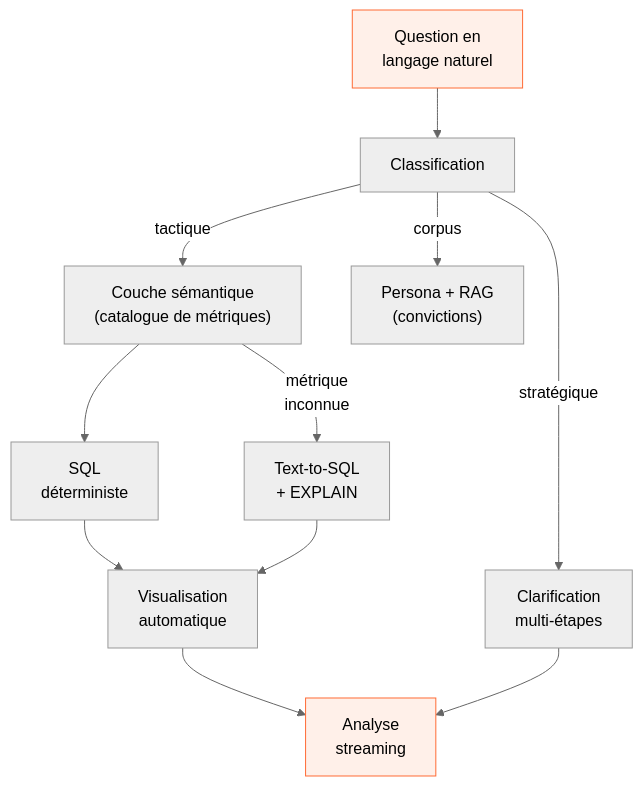
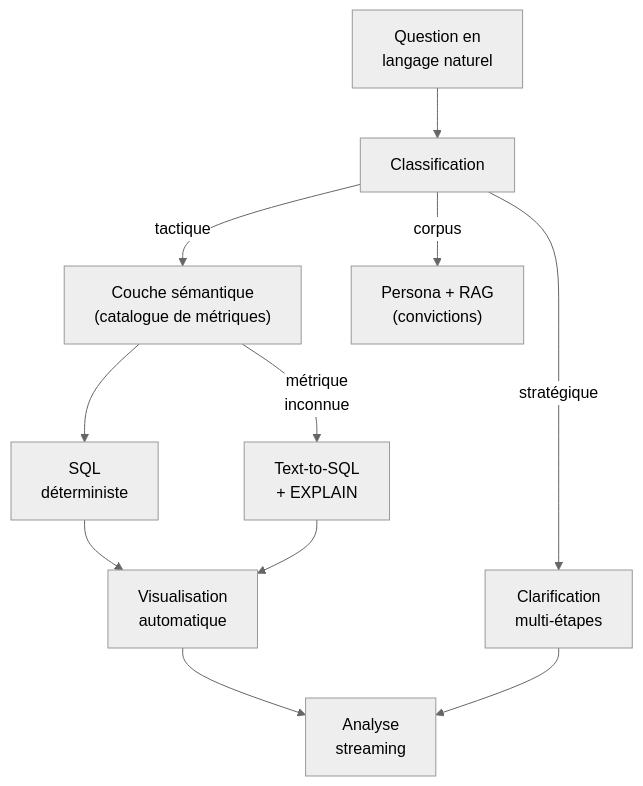
The sixth of 6 diagrams in content/applications.md (jbdaudet/leplusgrandnombre), drawn with Mermaid (neutral theme) before and after one commit. The commit also changed other lines of this file and 4 other files, not shown here.

Commit message:
update of the design scroll back up behavior + mermaid graphs rebuild

```diff
--- a/content/applications.md
+++ b/content/applications.md
@@ -240,16 +218,13 @@
 {{< mermaid >}}
 flowchart TB
     Q["Question en\nlangage naturel"] --> CL["Classification"]
     CL -->|tactique| SL["Couche sémantique\n(catalogue de métriques)"]
     CL -->|stratégique| ST["Clarification\nmulti-étapes"]
     CL -->|corpus| RAG["Persona + RAG\n(convictions)"]
     SL --> SQL["SQL\ndéterministe"]
     SL -->|"métrique\ninconnue"| T2S["Text-to-SQL\n+ EXPLAIN"]
     SQL --> VIZ["Visualisation\nautomatique"]
     T2S --> VIZ
     VIZ --> AN["Analyse\nstreaming"]
     ST --> AN
-
-    style Q fill:#FFF0E9,stroke:#FF6B35
-    style AN fill:#FFF0E9,stroke:#FF6B35
 {{< /mermaid >}}
```
